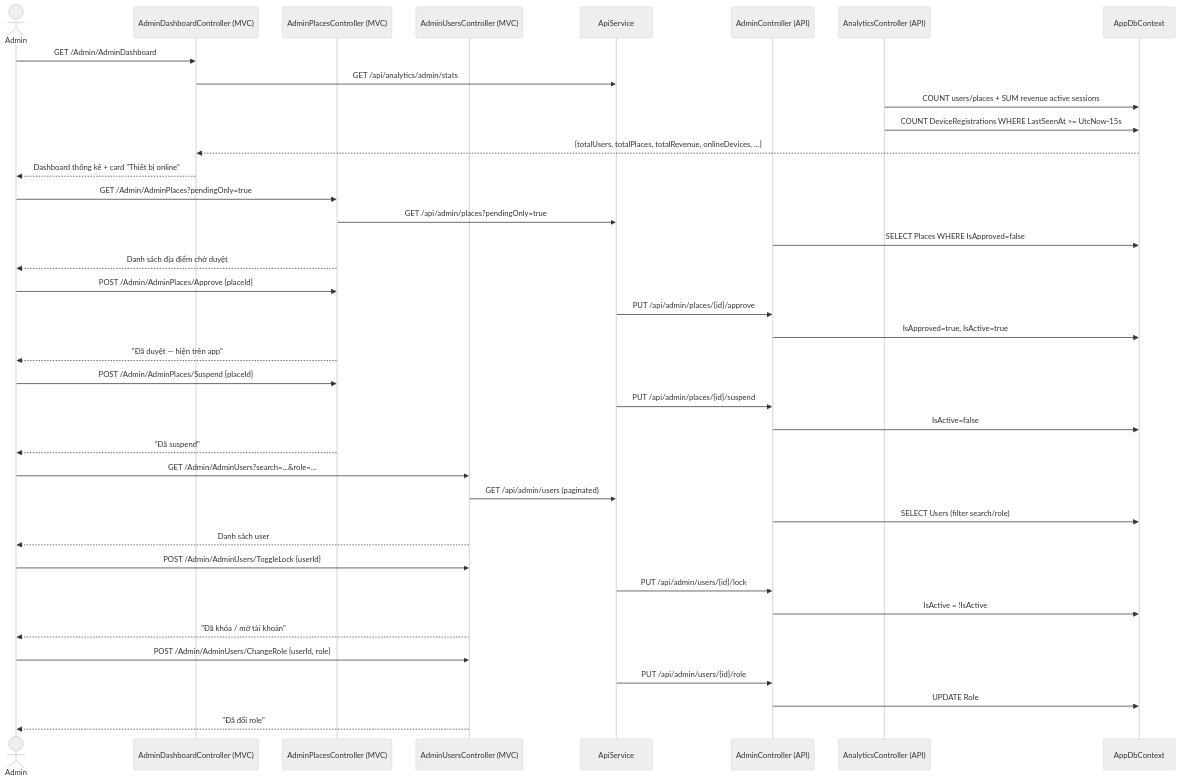
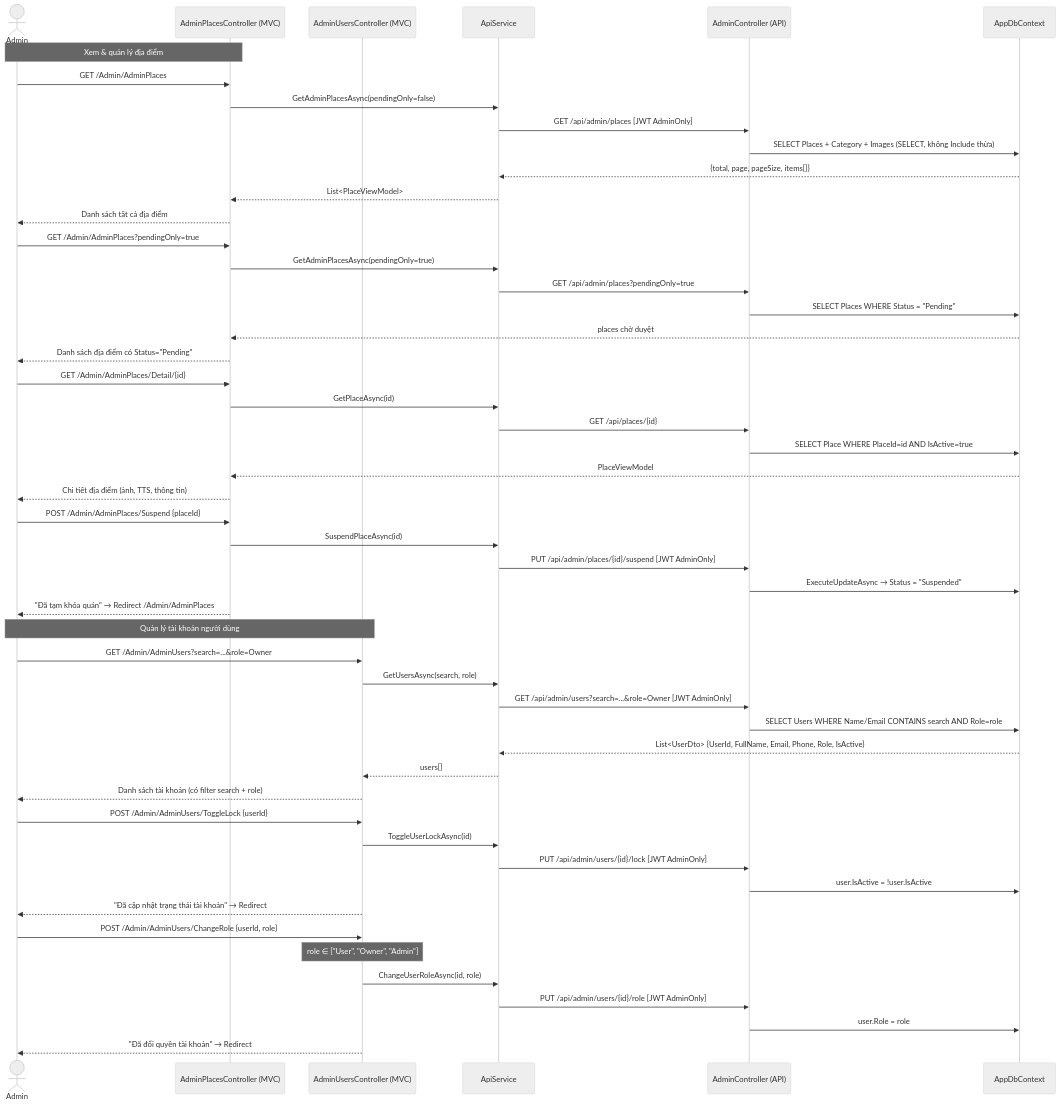
Before and after one commit to MTai55/csharp: diagram 17 of 25 in PRD.md, drawn with Mermaid (neutral theme). The commit also changed other lines of this file and 7 other files, not shown here.

Commit message:
optimize và web sequence

````diff
--- a/PRD.md
+++ b/PRD.md
@@ -1980,48 +1993,60 @@
 ```mermaid
 sequenceDiagram
     actor Admin
-    participant DashMVC as AdminDashboardController (MVC)
     participant PlacesMVC as AdminPlacesController (MVC)
     participant UsersMVC as AdminUsersController (MVC)
     participant API as ApiService
     participant AdminAPI as AdminController (API)
-    participant AnalyticsAPI as AnalyticsController (API)
     participant DB as AppDbContext
 
-    Admin->>DashMVC: GET /Admin/AdminDashboard
-    DashMVC->>API: GET /api/analytics/admin/stats
-    AnalyticsAPI->>DB: COUNT users/places + SUM revenue active sessions
-    AnalyticsAPI->>DB: COUNT DeviceRegistrations WHERE LastSeenAt >= UtcNow-15s
-    DB-->>DashMVC: {totalUsers, totalPlaces, totalRevenue, onlineDevices, ...}
-    DashMVC-->>Admin: Dashboard thống kê + card "Thiết bị online"
+    Note over Admin,PlacesMVC: Xem & quản lý địa điểm
+    Admin->>PlacesMVC: GET /Admin/AdminPlaces
+    PlacesMVC->>API: GetAdminPlacesAsync(pendingOnly=false)
+    API->>AdminAPI: GET /api/admin/places [JWT AdminOnly]
+    AdminAPI->>DB: SELECT Places + Category + Images (SELECT, không Include thừa)
+    DB-->>API: {total, page, pageSize, items[]}
+    API-->>PlacesMVC: List<PlaceViewModel>
+    PlacesMVC-->>Admin: Danh sách tất cả địa điểm
 
     Admin->>PlacesMVC: GET /Admin/AdminPlaces?pendingOnly=true
-    PlacesMVC->>API: GET /api/admin/places?pendingOnly=true
-    AdminAPI->>DB: SELECT Places WHERE IsApproved=false
-    PlacesMVC-->>Admin: Danh sách địa điểm chờ duyệt
+    PlacesMVC->>API: GetAdminPlacesAsync(pendingOnly=true)
+    API->>AdminAPI: GET /api/admin/places?pendingOnly=true
+    AdminAPI->>DB: SELECT Places WHERE Status = "Pending"
+    DB-->>PlacesMVC: places chờ duyệt
+    PlacesMVC-->>Admin: Danh sách địa điểm có Status="Pending"
 
-    Admin->>PlacesMVC: POST /Admin/AdminPlaces/Approve {placeId}
-    API->>AdminAPI: PUT /api/admin/places/{id}/approve
-    AdminAPI->>DB: IsApproved=true, IsActive=true
-    PlacesMVC-->>Admin: "Đã duyệt — hiện trên app"
+    Admin->>PlacesMVC: GET /Admin/AdminPlaces/Detail/{id}
+    PlacesMVC->>API: GetPlaceAsync(id)
+    API->>AdminAPI: GET /api/places/{id}
+    AdminAPI->>DB: SELECT Place WHERE PlaceId=id AND IsActive=true
+    DB-->>PlacesMVC: PlaceViewModel
+    PlacesMVC-->>Admin: Chi tiết địa điểm (ảnh, TTS, thông tin)
 
     Admin->>PlacesMVC: POST /Admin/AdminPlaces/Suspend {placeId}
-    API->>AdminAPI: PUT /api/admin/places/{id}/suspend
-    AdminAPI->>DB: IsActive=false
-    PlacesMVC-->>Admin: "Đã suspend"
+    PlacesMVC->>API: SuspendPlaceAsync(id)
+    API->>AdminAPI: PUT /api/admin/places/{id}/suspend [JWT AdminOnly]
+    AdminAPI->>DB: ExecuteUpdateAsync → Status = "Suspended"
+    PlacesMVC-->>Admin: "Đã tạm khóa quán" → Redirect /Admin/AdminPlaces
 
-    Admin->>UsersMVC: GET /Admin/AdminUsers?search=...&role=...
-    UsersMVC->>API: GET /api/admin/users (paginated)
-    AdminAPI->>DB: SELECT Users (filter search/role)
-    UsersMVC-->>Admin: Danh sách user
+    Note over Admin,UsersMVC: Quản lý tài khoản người dùng
+    Admin->>UsersMVC: GET /Admin/AdminUsers?search=...&role=Owner
+    UsersMVC->>API: GetUsersAsync(search, role)
+    API->>AdminAPI: GET /api/admin/users?search=...&role=Owner [JWT AdminOnly]
+    AdminAPI->>DB: SELECT Users WHERE Name/Email CONTAINS search AND Role=role
+    DB-->>API: List<UserDto> {UserId, FullName, Email, Phone, Role, IsActive}
+    API-->>UsersMVC: users[]
+    UsersMVC-->>Admin: Danh sách tài khoản (có filter search + role)
 
     Admin->>UsersMVC: POST /Admin/AdminUsers/ToggleLock {userId}
-    API->>AdminAPI: PUT /api/admin/users/{id}/lock
-    AdminAPI->>DB: IsActive = !IsActive
-    UsersMVC-->>Admin: "Đã khóa / mở tài khoản"
+    UsersMVC->>API: ToggleUserLockAsync(id)
+    API->>AdminAPI: PUT /api/admin/users/{id}/lock [JWT AdminOnly]
+    AdminAPI->>DB: user.IsActive = !user.IsActive
+    UsersMVC-->>Admin: "Đã cập nhật trạng thái tài khoản" → Redirect
 
     Admin->>UsersMVC: POST /Admin/AdminUsers/ChangeRole {userId, role}
-    API->>AdminAPI: PUT /api/admin/users/{id}/role
-    AdminAPI->>DB: UPDATE Role
-    UsersMVC-->>Admin: "Đã đổi role"
+    Note over UsersMVC: role ∈ ["User", "Owner", "Admin"]
+    UsersMVC->>API: ChangeUserRoleAsync(id, role)
+    API->>AdminAPI: PUT /api/admin/users/{id}/role [JWT AdminOnly]
+    AdminAPI->>DB: user.Role = role
+    UsersMVC-->>Admin: "Đã đổi quyền tài khoản" → Redirect
 ```
````
